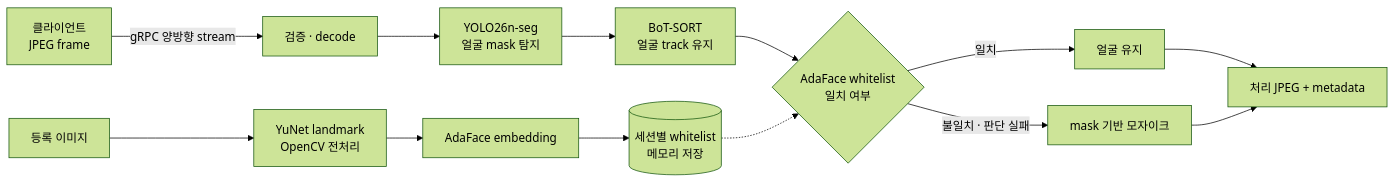
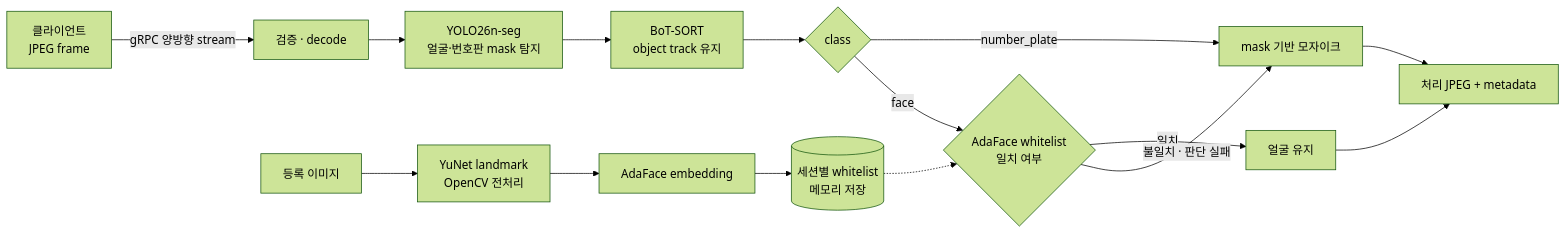
Before and after one commit to team-framework/innolive-ai: the diagram in README.md, drawn with Mermaid (forest theme). The commit also changed other lines of this file and 31 other files, not shown here.

````diff
--- a/README.md
+++ b/README.md
@@ -21,16 +21,18 @@
 ```mermaid
 flowchart LR
     Client["클라이언트<br/>JPEG frame"] -->|gRPC 양방향 stream| Decode["검증 · decode"]
-    Decode --> Detect["YOLO26n-seg<br/>얼굴 mask 탐지"]
-    Detect --> Track["BoT-SORT<br/>얼굴 track 유지"]
-    Track --> Match{"AdaFace whitelist<br/>일치 여부"}
+    Decode --> Detect["YOLO26n-seg<br/>얼굴·번호판 mask 탐지"]
+    Detect --> Track["BoT-SORT<br/>object track 유지"]
+    Track --> Type{"class"}
+    Type -->|number_plate| Mosaic["mask 기반 모자이크"]
+    Type -->|face| Match{"AdaFace whitelist<br/>일치 여부"}
     Match -->|일치| Keep["얼굴 유지"]
-    Match -->|불일치 · 판단 실패| Mosaic["mask 기반 모자이크"]
+    Match -->|불일치 · 판단 실패| Mosaic
     Keep --> Output["처리 JPEG + metadata"]
     Mosaic --> Output
 
     Enroll["등록 이미지"] --> Align["YuNet landmark<br/>OpenCV 전처리"]
     Align --> Embed["AdaFace embedding"]
     Embed --> Whitelist[("세션별 whitelist<br/>메모리 저장")]
     Whitelist -.-> Match
 ```
````
